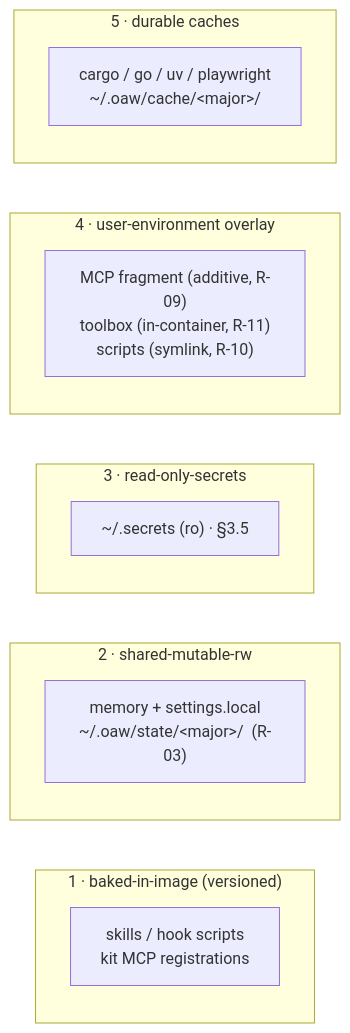
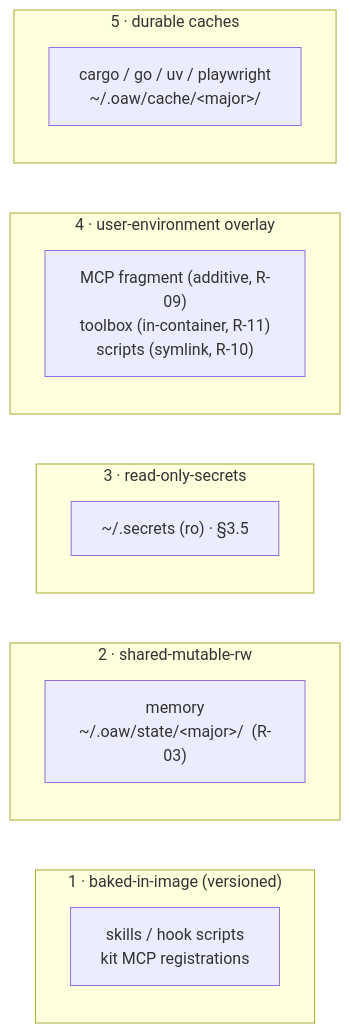
Before and after one commit to Wave-Engineering/claudecode-workflow: the second of 2 diagrams in docs/contained-workflow/architecture.md, drawn with Mermaid. The commit also changed other lines of this file and 8 other files, not shown here.

````diff
--- a/docs/contained-workflow/architecture.md
+++ b/docs/contained-workflow/architecture.md
@@ -111,18 +111,18 @@
 ```mermaid
 flowchart LR
   subgraph img["1 · baked-in-image (versioned)"]
     s1["skills / hook scripts<br/>kit MCP registrations"]
   end
   subgraph rw["2 · shared-mutable-rw"]
-    s2["memory + settings.local<br/>~/.oaw/state/&lt;major&gt;/  (R-03)"]
+    s2["memory<br/>~/.oaw/state/&lt;major&gt;/  (R-03)"]
   end
   subgraph ro["3 · read-only-secrets"]
     s3["~/.secrets (ro)  ·  §3.5"]
   end
   subgraph ov["4 · user-environment overlay"]
     s4["MCP fragment (additive, R-09)<br/>toolbox (in-container, R-11)<br/>scripts (symlink, R-10)"]
   end
   subgraph ca["5 · durable caches"]
     s5["cargo / go / uv / playwright<br/>~/.oaw/cache/&lt;major&gt;/"]
   end
 ```
````
